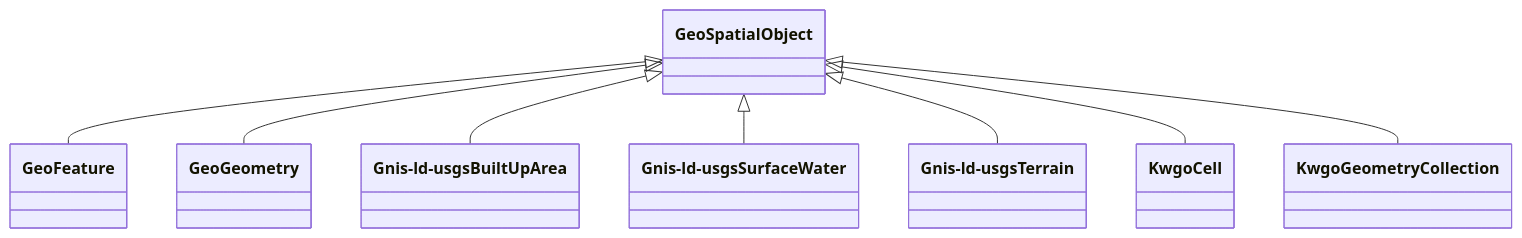
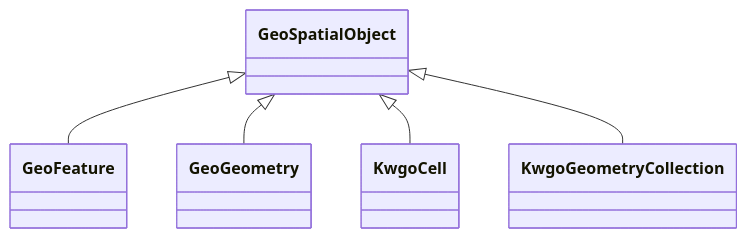
The diagram in hydrology-kg/classes/GeoSpatialObject.md (frink-okn/graph-descriptions), drawn with Mermaid before and after one commit. The commit also changed other lines of this file and 253 other files, not shown here.

````diff
--- a/hydrology-kg/classes/GeoSpatialObject.md
+++ b/hydrology-kg/classes/GeoSpatialObject.md
@@ -23,21 +23,15 @@
 ```mermaid
  classDiagram
     class GeoSpatialObject
     click GeoSpatialObject href "../GeoSpatialObject"
       GeoSpatialObject <|-- GeoFeature
         click GeoFeature href "../GeoFeature"
       GeoSpatialObject <|-- GeoGeometry
         click GeoGeometry href "../GeoGeometry"
-      GeoSpatialObject <|-- Gnis-ld-usgsBuiltUpArea
-        click Gnis-ld-usgsBuiltUpArea href "../Gnis-ld-usgsBuiltUpArea"
-      GeoSpatialObject <|-- Gnis-ld-usgsSurfaceWater
-        click Gnis-ld-usgsSurfaceWater href "../Gnis-ld-usgsSurfaceWater"
-      GeoSpatialObject <|-- Gnis-ld-usgsTerrain
-        click Gnis-ld-usgsTerrain href "../Gnis-ld-usgsTerrain"
       GeoSpatialObject <|-- KwgoCell
         click KwgoCell href "../KwgoCell"
       GeoSpatialObject <|-- KwgoGeometryCollection
         click KwgoGeometryCollection href "../KwgoGeometryCollection"
       
       
 ```
````
